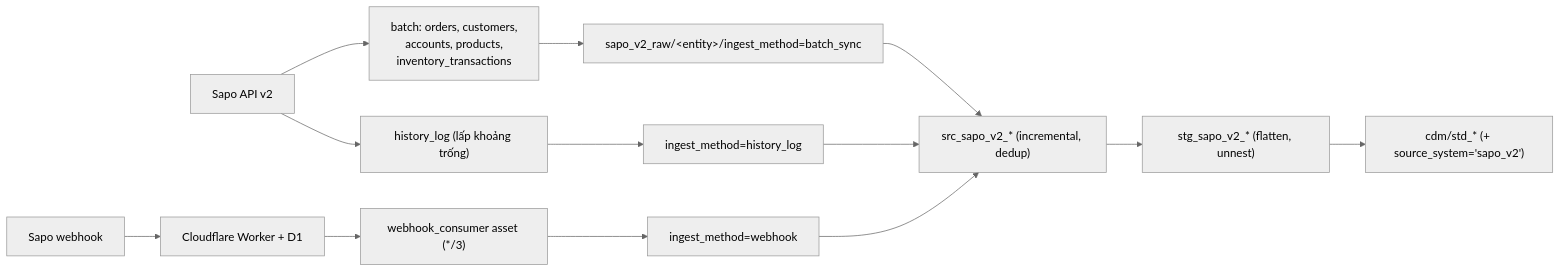
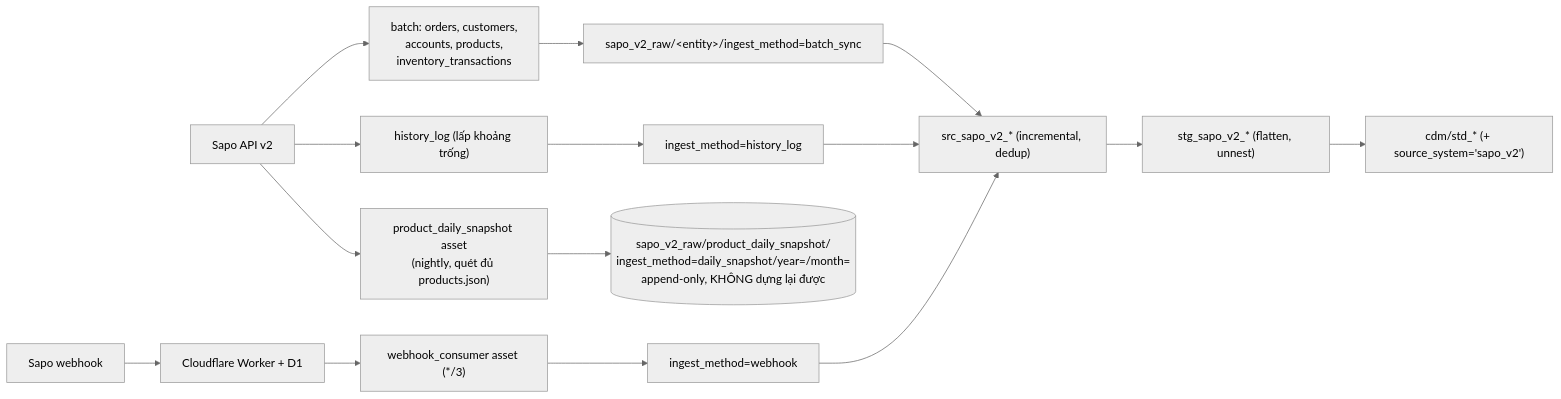
One commit to vantt/data-integration changed the seventh of 17 diagrams in docs/architecture/modules.md. Above: the diagram before and after it, drawn with Mermaid (neutral theme). The commit also changed other lines of this file and 9 other files, not shown here.

First line of the commit message:
feat(sapo): capture the full product catalogue nightly into an append-only snapshot

````diff
--- a/docs/architecture/modules.md
+++ b/docs/architecture/modules.md
@@ -414,12 +414,14 @@
 ```mermaid
 flowchart LR
     API["Sapo API v2"] --> B["batch: orders, customers,<br/>accounts, products,<br/>inventory_transactions"]
     API --> H["history_log (lấp khoảng trống)"]
+    API --> PS["product_daily_snapshot asset<br/>(nightly, quét đủ products.json)"]
     WH["Sapo webhook"] --> CF["Cloudflare Worker + D1"] --> WC["webhook_consumer asset (*/3)"]
     B --> R["sapo_v2_raw/&lt;entity&gt;/ingest_method=batch_sync"]
     H --> R2["ingest_method=history_log"]
     WC --> R3["ingest_method=webhook"]
+    PS --> R4[("sapo_v2_raw/product_daily_snapshot/<br/>ingest_method=daily_snapshot/year=/month=<br/>append-only, KHÔNG dựng lại được")]
     R & R2 & R3 --> SRC["src_sapo_v2_* (incremental, dedup)"]
     SRC --> STG["stg_sapo_v2_* (flatten, unnest)"]
     STG --> STD["cdm/std_* (+ source_system='sapo_v2')"]
 ```
````
